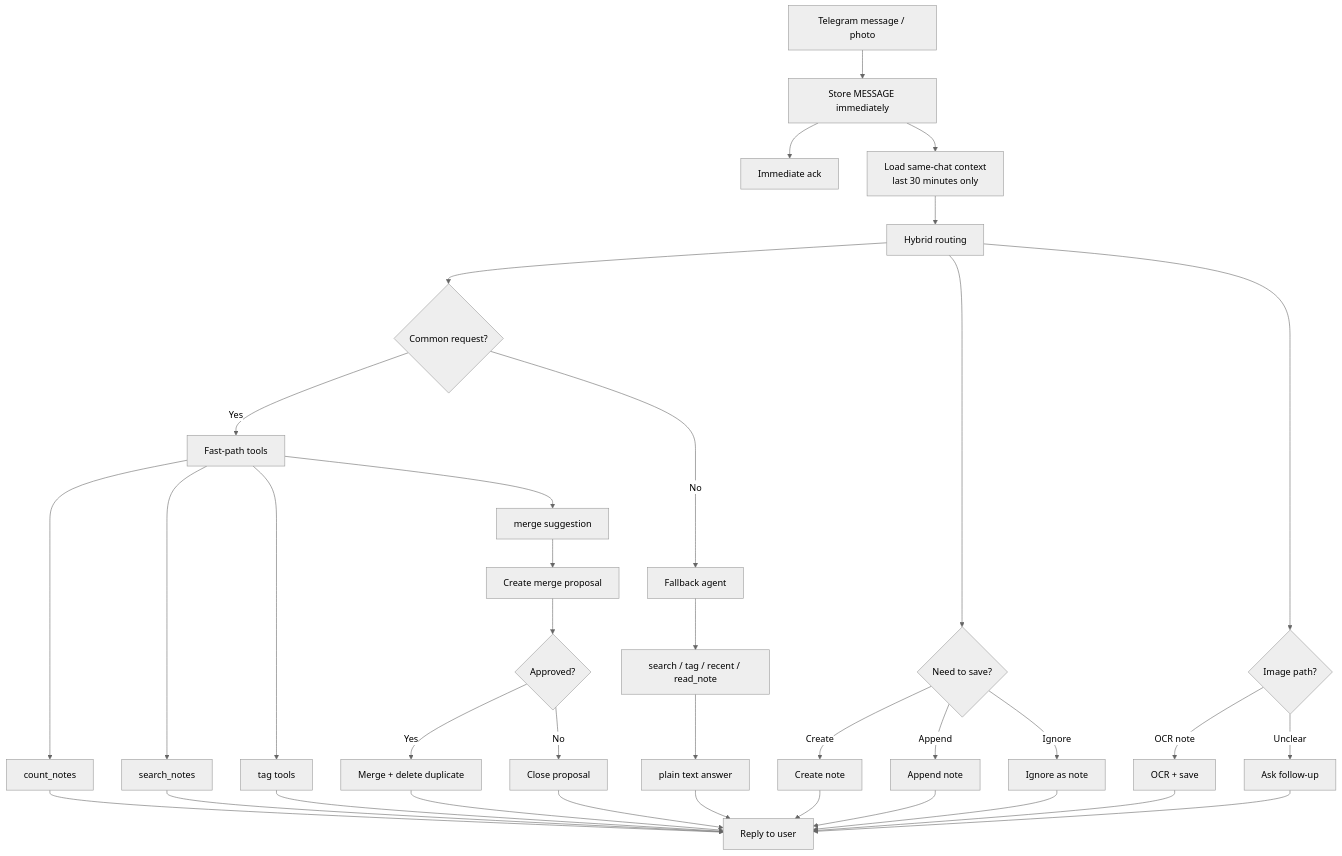
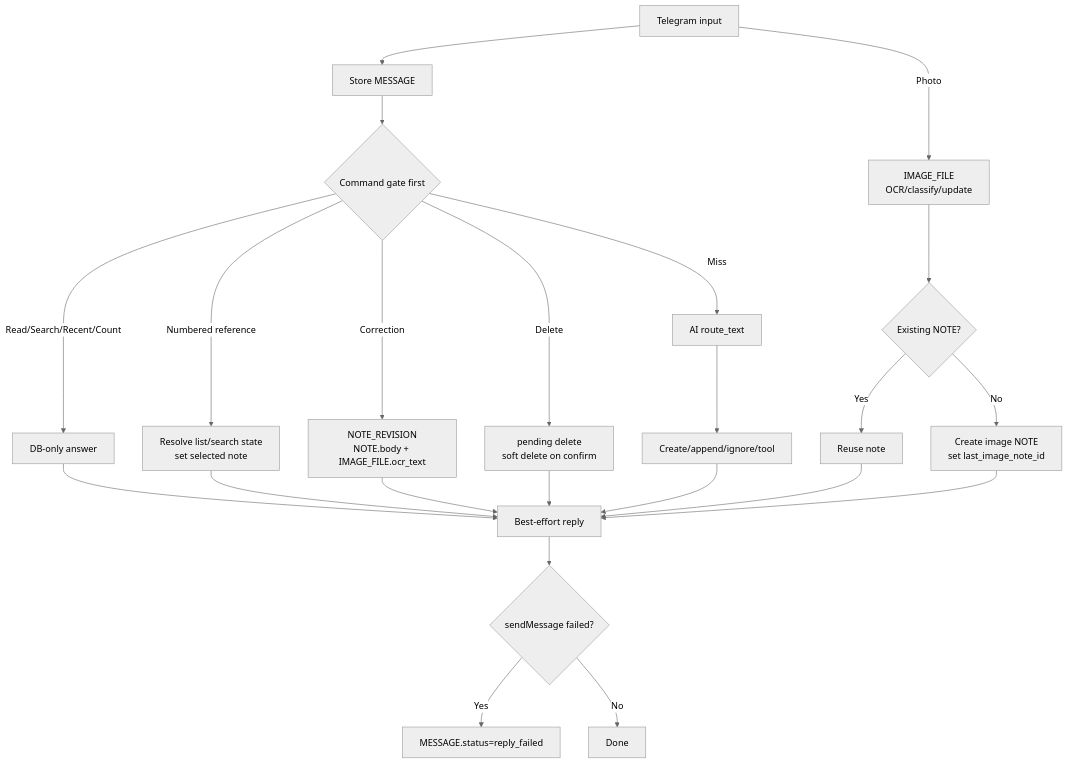
Before and after one commit to Transient-Onlooker/tg-note-agent: the fourth of 4 diagrams in docs/ARCHITECTURE.md, drawn with Mermaid (neutral theme). The commit also changed other lines of this file and 18 other files, not shown here.

Commit message:
Stabilize command routing and webhook replies

````diff
--- a/docs/ARCHITECTURE.md
+++ b/docs/ARCHITECTURE.md
@@ -133,45 +160,25 @@
 ```mermaid
 flowchart TD
-    In["Telegram message / photo"] --> Store["Store MESSAGE immediately"]
-    Store --> Ack["Immediate ack"]
-    Store --> Context["Load same-chat context<br/>last 30 minutes only"]
-    Context --> Decide["Hybrid routing"]
-
-    Decide --> Fast{"Common request?"}
-    Fast -->|Yes| FastTool["Fast-path tools"]
-    Fast -->|No| Agent["Fallback agent"]
-
-    FastTool --> Count["count_notes"]
-    FastTool --> Search["search_notes"]
-    FastTool --> Tags["tag tools"]
-    FastTool --> MergeSuggest["merge suggestion"]
-
-    Agent --> Read["search / tag / recent / read_note"]
-    Read --> Respond["plain text answer"]
-
-    Decide --> Save{"Need to save?"}
-    Save -->|Create| Create["Create note"]
-    Save -->|Append| Append["Append note"]
-    Save -->|Ignore| Ignore["Ignore as note"]
-
-    Decide --> Img{"Image path?"}
-    Img -->|OCR note| OCR["OCR + save"]
-    Img -->|Unclear| Clarify["Ask follow-up"]
-
-    MergeSuggest --> Proposal["Create merge proposal"]
-    Proposal --> Approval{"Approved?"}
-    Approval -->|Yes| Merge["Merge + delete duplicate"]
-    Approval -->|No| Close["Close proposal"]
-
-    Count --> Done["Reply to user"]
-    Search --> Done
-    Tags --> Done
-    Respond --> Done
-    Create --> Done
-    Append --> Done
-    Ignore --> Done
-    OCR --> Done
-    Clarify --> Done
-    Merge --> Done
-    Close --> Done
+    In["Telegram input"] --> Store["Store MESSAGE"]
+    Store --> Gate{"Command gate first"}
+    Gate -->|Read/Search/Recent/Count| Read["DB-only answer"]
+    Gate -->|Numbered reference| Select["Resolve list/search state<br/>set selected note"]
+    Gate -->|Correction| Correct["NOTE_REVISION<br/>NOTE.body + IMAGE_FILE.ocr_text"]
+    Gate -->|Delete| Delete["pending delete<br/>soft delete on confirm"]
+    Gate -->|Miss| AI["AI route_text"]
+    AI --> Save["Create/append/ignore/tool"]
+    In -->|Photo| OCR["IMAGE_FILE<br/>OCR/classify/update"]
+    OCR --> Duplicate{"Existing NOTE?"}
+    Duplicate -->|Yes| Reuse["Reuse note"]
+    Duplicate -->|No| NewImageNote["Create image NOTE<br/>set last_image_note_id"]
+    Read --> Reply["Best-effort reply"]
+    Select --> Reply
+    Correct --> Reply
+    Delete --> Reply
+    Save --> Reply
+    Reuse --> Reply
+    NewImageNote --> Reply
+    Reply --> Fail{"sendMessage failed?"}
+    Fail -->|Yes| ReplyFailed["MESSAGE.status=reply_failed"]
+    Fail -->|No| Done["Done"]
 ```
````
